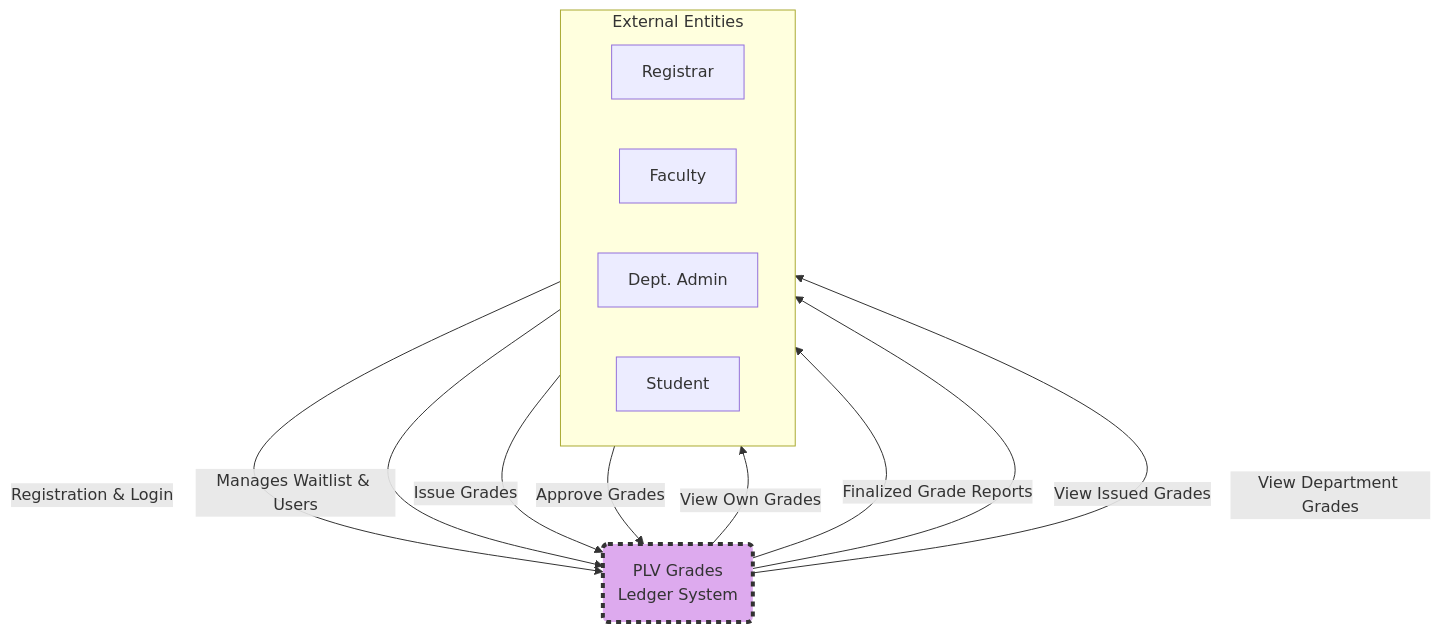
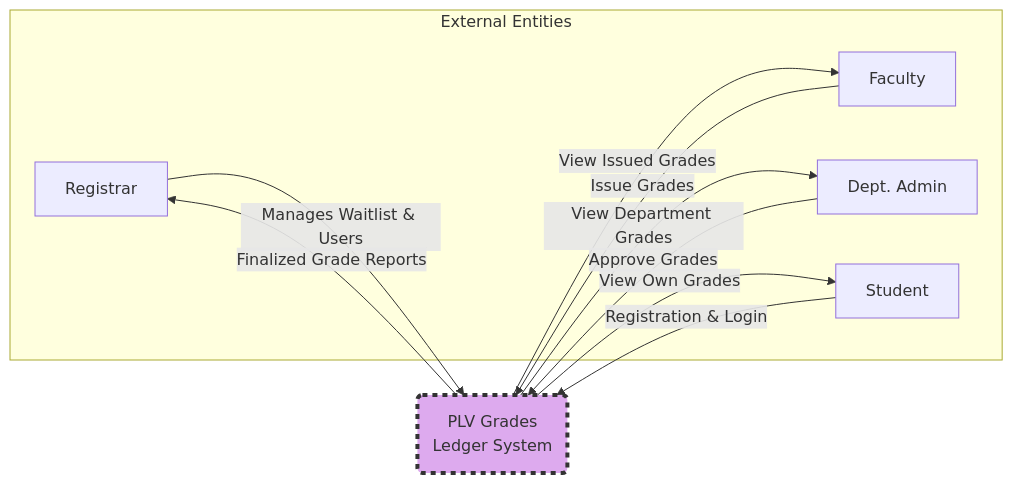
Before and after one commit to Pat-asc/Capstone-Project-BlockChain-BlockGo: the second of 6 diagrams in Guide.md, drawn with Mermaid. The commit also changed other lines of this file, not shown here.

````diff
--- a/Guide.md
+++ b/Guide.md
@@ -93,26 +93,25 @@
 ```mermaid
-graph TD
+graph LR
     subgraph "External Entities"
-        direction LR
         E1[<fa:fa-user-tie> Registrar]
         E3[<fa:fa-chalkboard-teacher> Faculty]
         E4[<fa:fa-user-shield> Dept. Admin]
         E2[<fa:fa-user-graduate> Student]
     end
 
     P0("PLV Grades<br>Ledger System")
 
     E2 -- "Registration & Login" --> P0
     P0 -- "View Own Grades" --> E2
 
     E1 -- "Manages Waitlist & Users" --> P0
     P0 -- "Finalized Grade Reports" --> E1
 
     E3 -- "Issue Grades" --> P0
     P0 -- "View Issued Grades" --> E3
 
     E4 -- "Approve Grades" --> P0
     P0 -- "View Department Grades" --> E4
 
     style P0 fill:#dae,stroke:#333,stroke-width:4px,stroke-dasharray: 5 5
 ```
````
